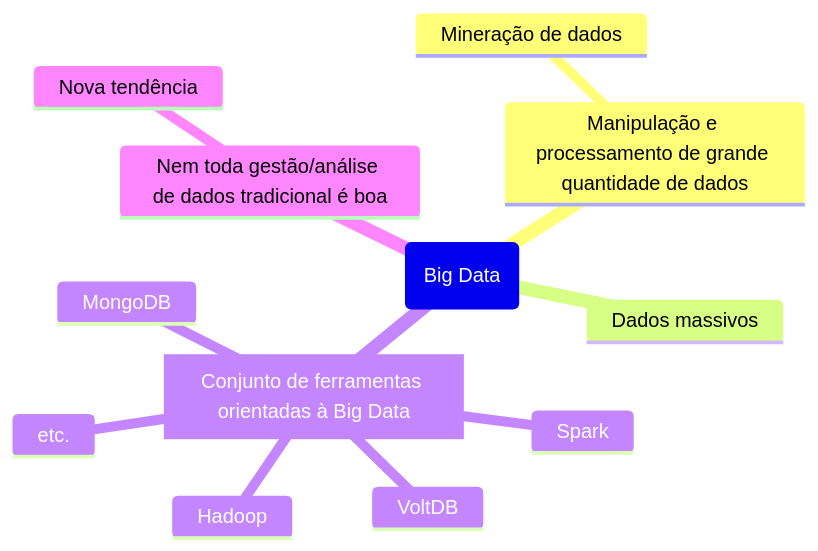
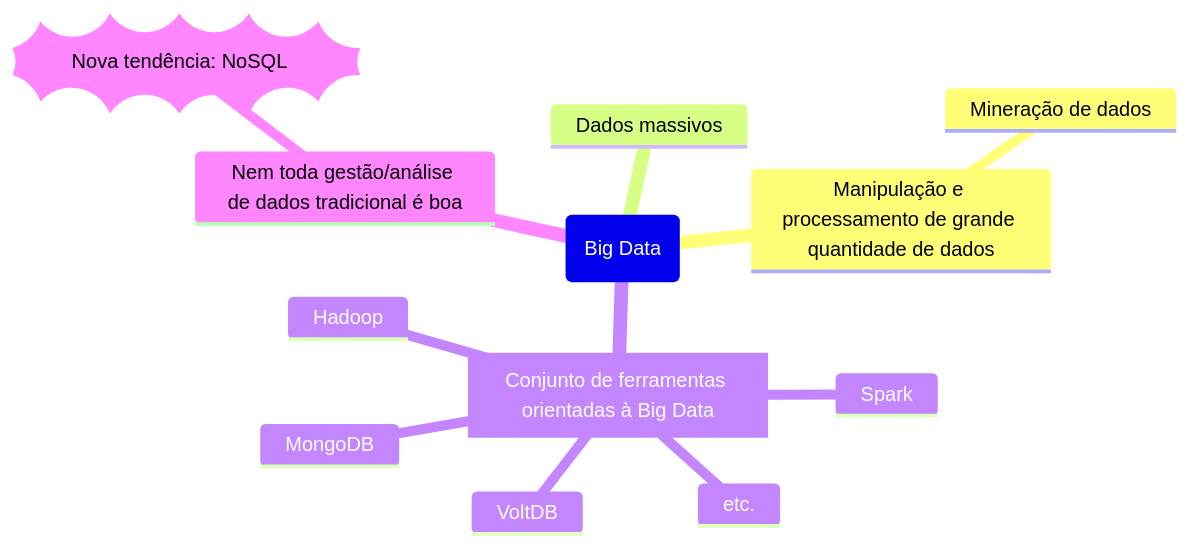
Before and after one commit to Igorino/joplin-notes: the third of 3 diagrams in Mestrado/Segundo Semestre/SIN5033 - Grafos de conhecimento e Ontologias/Anotações/De Aulas/Aula do dia 2026 04 08.md, drawn with Mermaid.

Commit message:
Exported on 2026-04-08_17-06-51

````diff
--- a/Mestrado/Segundo Semestre/SIN5033 - Grafos de conhecimento e Ontologias/Anotações/De Aulas/Aula do dia 2026 04 08.md
+++ b/Mestrado/Segundo Semestre/SIN5033 - Grafos de conhecimento e Ontologias/Anotações/De Aulas/Aula do dia 2026 04 08.md
@@ -65,16 +65,18 @@
 ```mermaid
 mindmap
 root(Big Data)
 	Manipulação e processamento de grande quantidade de dados
 		Mineração de dados
 	Dados massivos
 	[Conjunto de ferramentas orientadas à Big Data]
 		Hadoop
 		MongoDB
 		VoltDB
 		Spark
 		etc.
 	Nem toda gestão/análise de dados tradicional é boa
-		Nova tendência
+		))Nova tendência: NoSQL((
+		
+			
 	
 ```
````
